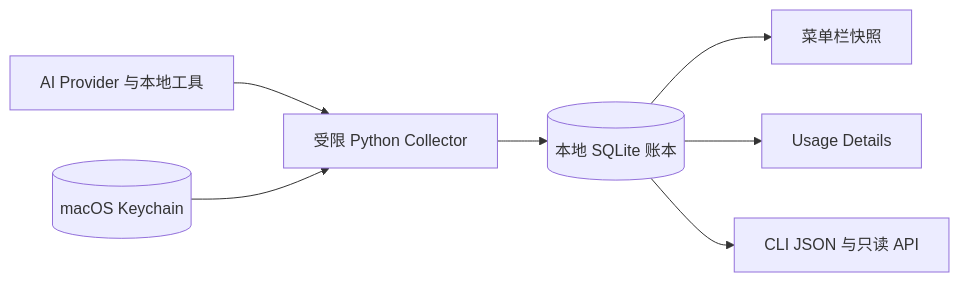
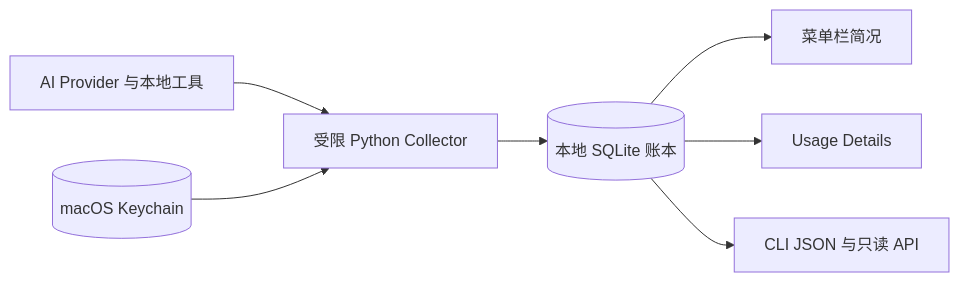
Before and after one commit to tttboy123/openusage-bar: the diagram in README.md, drawn with Mermaid. The commit also changed other lines of this file and 13 other files, not shown here.

````diff
--- a/README.md
+++ b/README.md
@@ -65,9 +36,9 @@
 ```mermaid
 flowchart LR
   A[AI Provider 与本地工具] --> B[受限 Python Collector]
   K[(macOS Keychain)] --> B
   B --> D[(本地 SQLite 账本)]
-  D --> E[菜单栏快照]
+  D --> E[菜单栏简况]
   D --> F[Usage Details]
   D --> G[CLI JSON 与只读 API]
 ```
````
